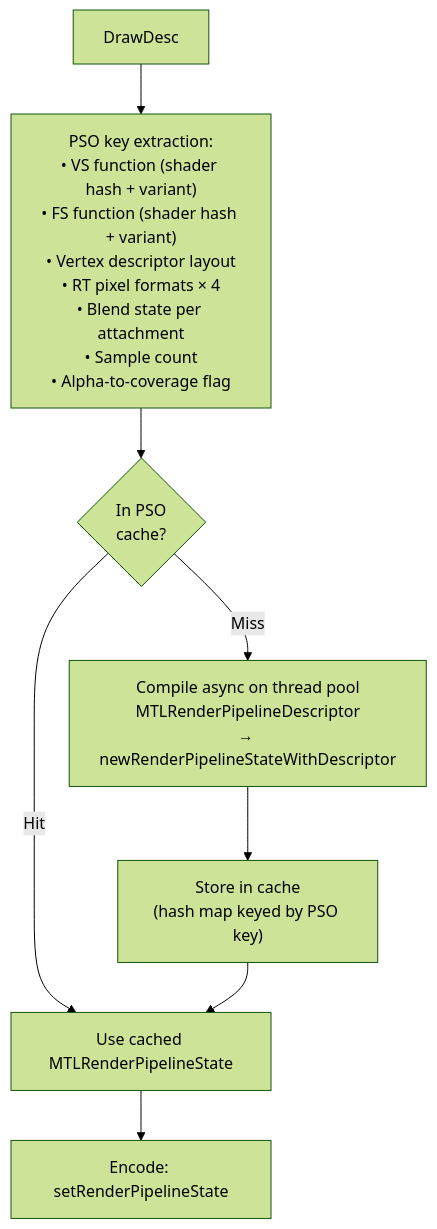
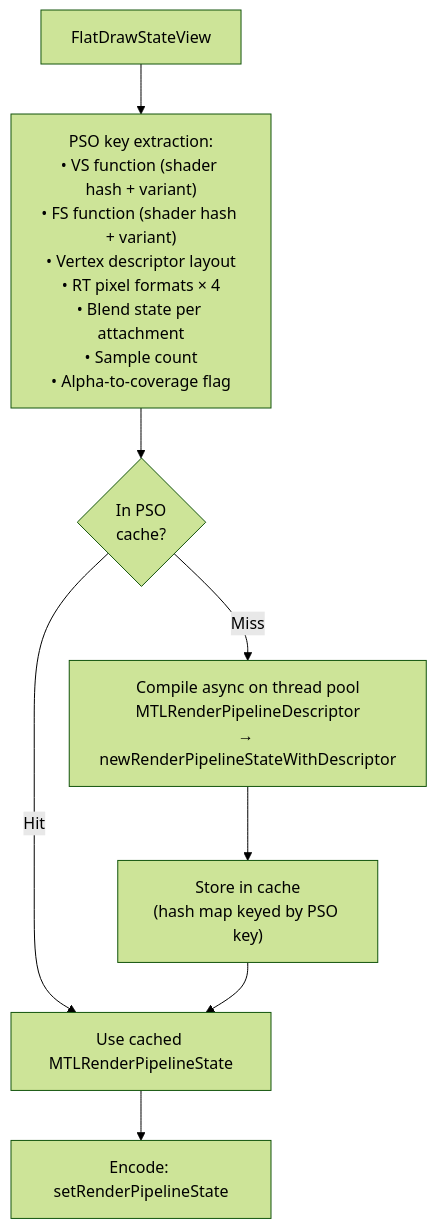
One commit to dfdgsdfg/dxmt9 changed the eighth of 12 diagrams in specs/backend/design.md. Above: the diagram before and after it, drawn with Mermaid (forest theme). The commit also changed other lines of this file and 7 other files, not shown here.

````diff
--- a/specs/backend/design.md
+++ b/specs/backend/design.md
@@ -411,10 +411,10 @@
 ```mermaid
 graph TD
-    DD["DrawDesc"] --> KEY["PSO key extraction:\n• VS function (shader hash + variant)\n• FS function (shader hash + variant)\n• Vertex descriptor layout\n• RT pixel formats × 4\n• Blend state per attachment\n• Sample count\n• Alpha-to-coverage flag"]
+    DD["FlatDrawStateView"] --> KEY["PSO key extraction:\n• VS function (shader hash + variant)\n• FS function (shader hash + variant)\n• Vertex descriptor layout\n• RT pixel formats × 4\n• Blend state per attachment\n• Sample count\n• Alpha-to-coverage flag"]
     KEY --> LOOKUP{In PSO\ncache?}
     LOOKUP -->|Hit| USE["Use cached MTLRenderPipelineState"]
     LOOKUP -->|Miss| COMPILE["Compile async on thread pool\nMTLRenderPipelineDescriptor\n→ newRenderPipelineStateWithDescriptor"]
     COMPILE --> STORE["Store in cache\n(hash map keyed by PSO key)"]
     STORE --> USE
     USE --> ENC["Encode: setRenderPipelineState"]
 ```
````
